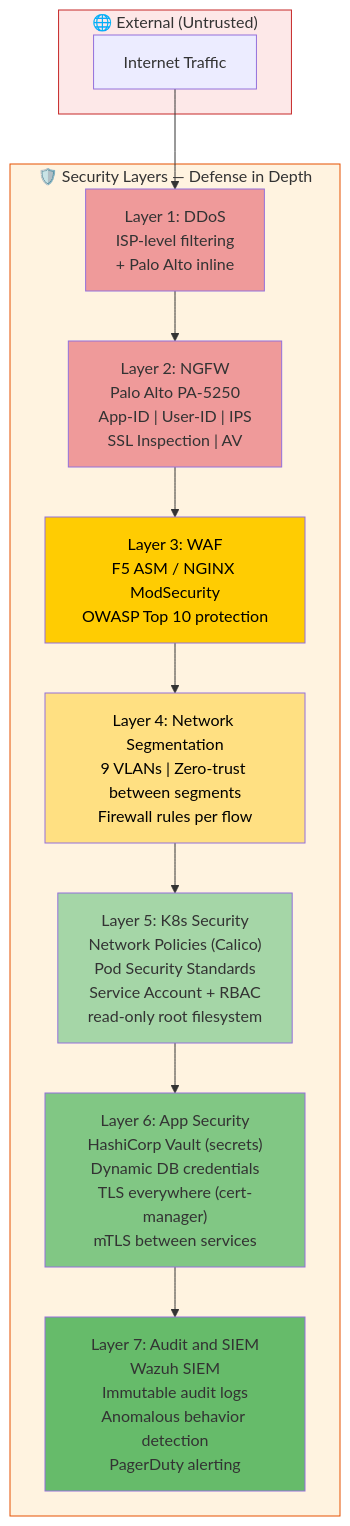
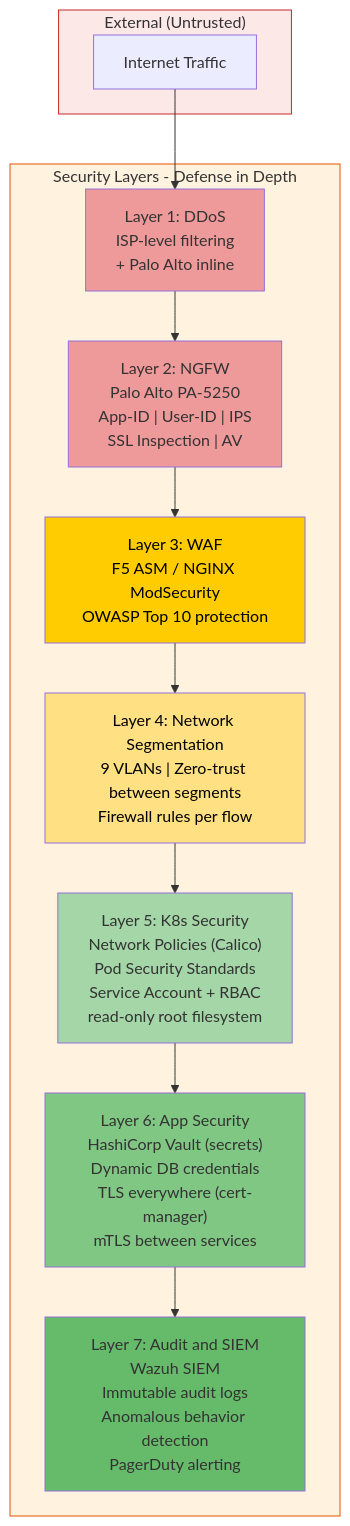
One commit to Shasi19/Azure-VxRail-VMware-Migration changed the fifth of 5 diagrams in docs/Presentation/02-HLD-High-Level-Design.md. Above: the diagram before and after it, drawn with Mermaid. The commit also changed other lines of this file and 7 other files, not shown here.

First line of the commit message:
Fix all remaining Mermaid render issues across all files

````diff
--- a/docs/Presentation/02-HLD-High-Level-Design.md
+++ b/docs/Presentation/02-HLD-High-Level-Design.md
@@ -206,29 +206,29 @@
 ```mermaid
 graph TB
-    subgraph EXTERNAL["🌐 External (Untrusted)"]
+    subgraph EXTERNAL["External (Untrusted)"]
         INT[Internet Traffic]
     end
 
-    subgraph SEC_LAYERS["🛡️ Security Layers — Defense in Depth"]
+    subgraph SEC_LAYERS["Security Layers  -  Defense in Depth"]
         L1["Layer 1: DDoS\nISP-level filtering\n+ Palo Alto inline"]
         L2["Layer 2: NGFW\nPalo Alto PA-5250\nApp-ID | User-ID | IPS\nSSL Inspection | AV"]
         L3["Layer 3: WAF\nF5 ASM / NGINX ModSecurity\nOWASP Top 10 protection"]
         L4["Layer 4: Network Segmentation\n9 VLANs | Zero-trust between segments\nFirewall rules per flow"]
         L5["Layer 5: K8s Security\nNetwork Policies (Calico)\nPod Security Standards\nService Account + RBAC\nread-only root filesystem"]
         L6["Layer 6: App Security\nHashiCorp Vault (secrets)\nDynamic DB credentials\nTLS everywhere (cert-manager)\nmTLS between services"]
         L7["Layer 7: Audit and SIEM\nWazuh SIEM\nImmutable audit logs\nAnomalous behavior detection\nPagerDuty alerting"]
     end
 
     INT --> L1 --> L2 --> L3 --> L4 --> L5 --> L6
     L6 --> L7
 
     style EXTERNAL fill:#fde8e8,stroke:#c62828
     style SEC_LAYERS fill:#fff3e0,stroke:#e65100
     style L1 fill:#ef9a9a
     style L2 fill:#ef9a9a
     style L3 fill:#ffcc02,color:#000
     style L4 fill:#ffe082,color:#000
     style L5 fill:#a5d6a7
     style L6 fill:#81c784
     style L7 fill:#66bb6a
 ```
````
